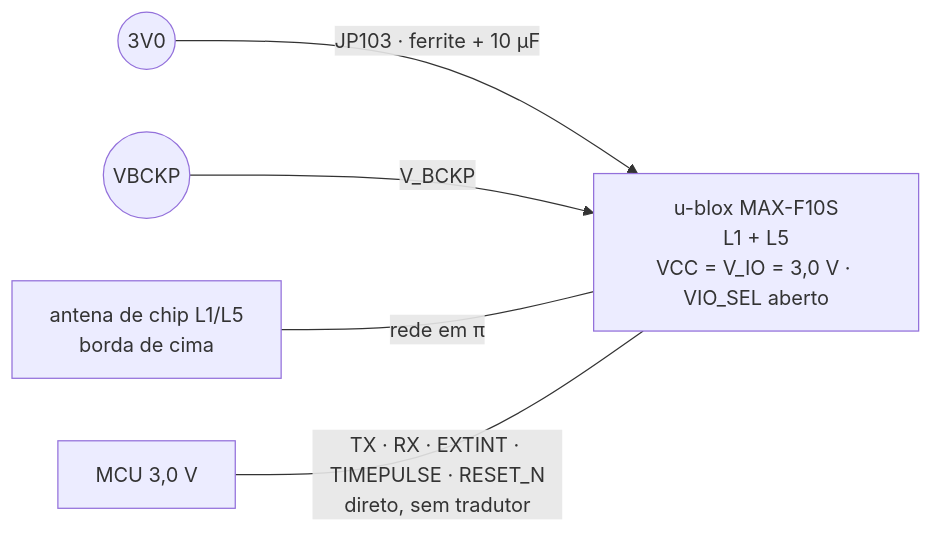
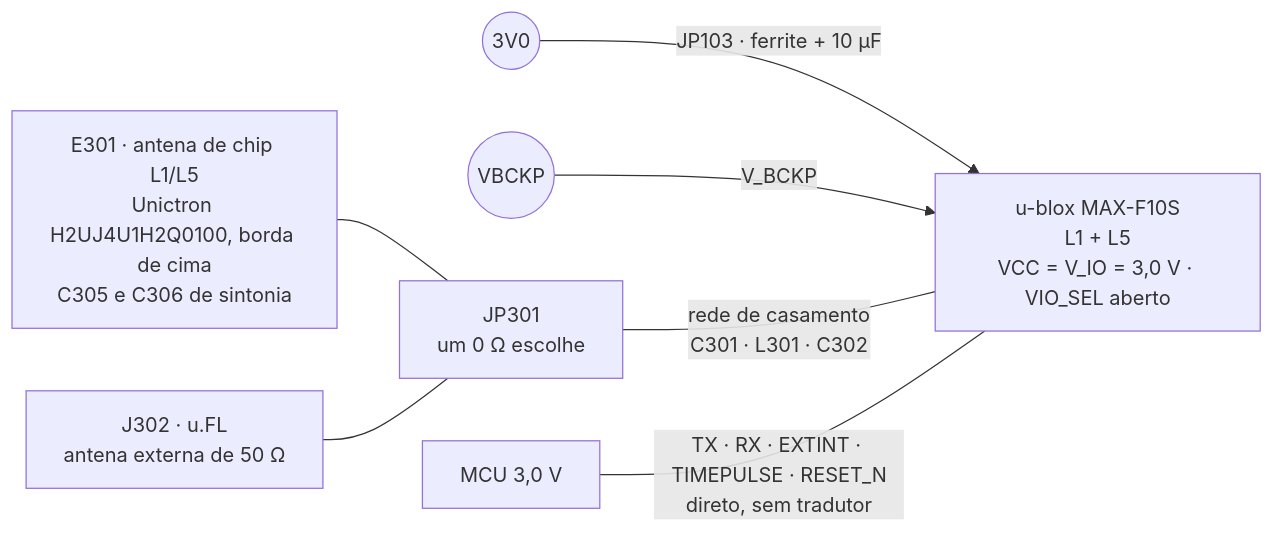
Before and after one commit to Guiimartinho/gnss-bike-computer: the third of 6 diagrams in hardware_gnssbike/01-esquematico.md, drawn with Mermaid. The commit also changed other lines of this file and 63 other files, not shown here.

````diff
--- a/hardware_gnssbike/01-esquematico.md
+++ b/hardware_gnssbike/01-esquematico.md
@@ -255,7 +283,9 @@
 ```mermaid
 flowchart LR
     R3V0(("3V0")) -->|"JP103 · ferrite + 10 µF"| MAXF
     VBCKP(("VBCKP")) -->|"V_BCKP"| MAXF["u-blox MAX-F10S<br/>L1 + L5<br/>VCC = V_IO = 3,0 V · VIO_SEL aberto"]
-    ANT["antena de chip L1/L5<br/>borda de cima"] ---|"rede em π"| MAXF
+    ANT["E301 · antena de chip L1/L5<br/>Unictron H2UJ4U1H2Q0100, borda de cima<br/>C305 e C306 de sintonia"] --- JP["JP301<br/>um 0 Ω escolhe"]
+    UFL["J302 · u.FL<br/>antena externa de 50 Ω"] --- JP
+    JP ---|"rede de casamento<br/>C301 · L301 · C302"| MAXF
     MCU["MCU 3,0 V"] ---|"TX · RX · EXTINT · TIMEPULSE · RESET_N<br/>direto, sem tradutor"| MAXF
 ```
````
